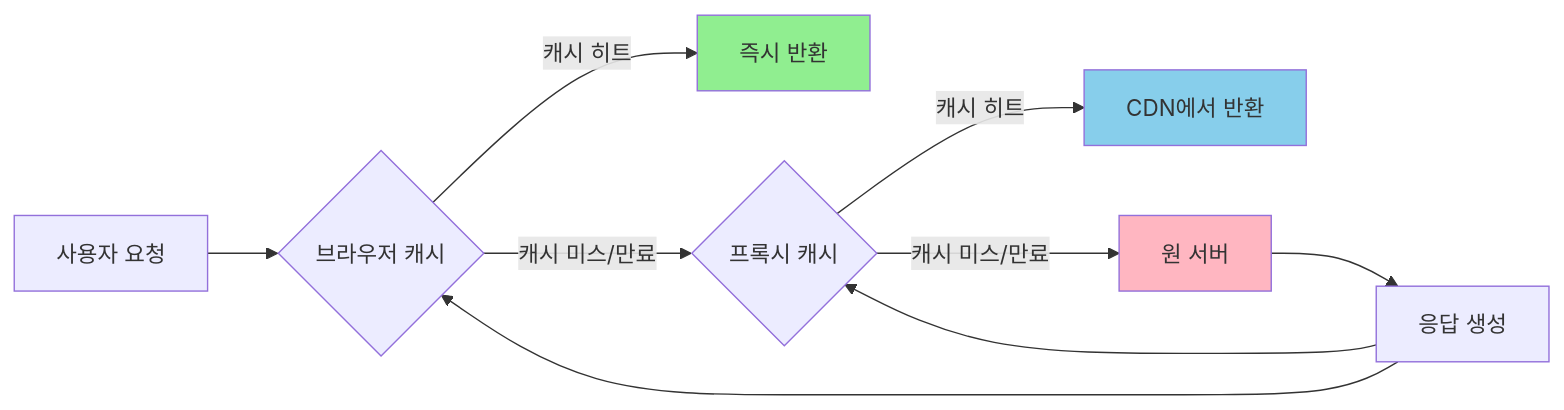
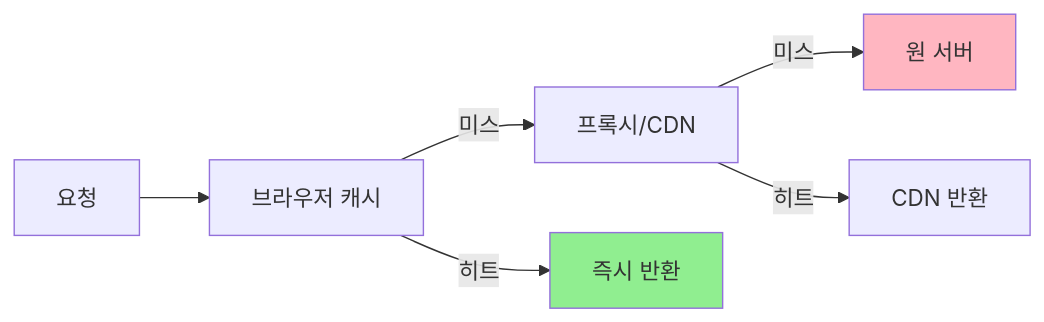
Before and after one commit to yjkim2015/yjkim2015.github.io: the sixth of 6 diagrams in _posts/http/2021-04-25-http-11.md, drawn with Mermaid. The commit also changed 163 other files, not shown here.

First line of the commit message:
Mermaid 300개 블록 내용 축소: 5노드 5엣지 이하, 의미 있는 약어

````diff
--- a/_posts/http/2021-04-25-http-11.md
+++ b/_posts/http/2021-04-25-http-11.md
@@ -302,14 +302,10 @@
 ```mermaid
 graph LR
-    A["사용자 요청"] --> B{"브라우저 캐시"}
-    B -- "캐시 히트" --> Z["즉시 반환"]
-    B -- "캐시 미스/만료" --> C{"프록시 캐시"}
-    C -- "캐시 히트" --> Y["CDN에서 반환"]
-    C -- "캐시 미스/만료" --> D["원 서버"]
-    D --> E["응답 생성"]
-    E --> C
-    E --> B
+    A["요청"] --> B["브라우저 캐시"]
+    B -->|"미스"| C["프록시/CDN"]
+    C -->|"미스"| D["원 서버"]
+    B -->|"히트"| Z["즉시 반환"]
+    C -->|"히트"| Y["CDN 반환"]
     style Z fill:#90EE90
-    style Y fill:#87CEEB
     style D fill:#FFB6C1
 ```
````
